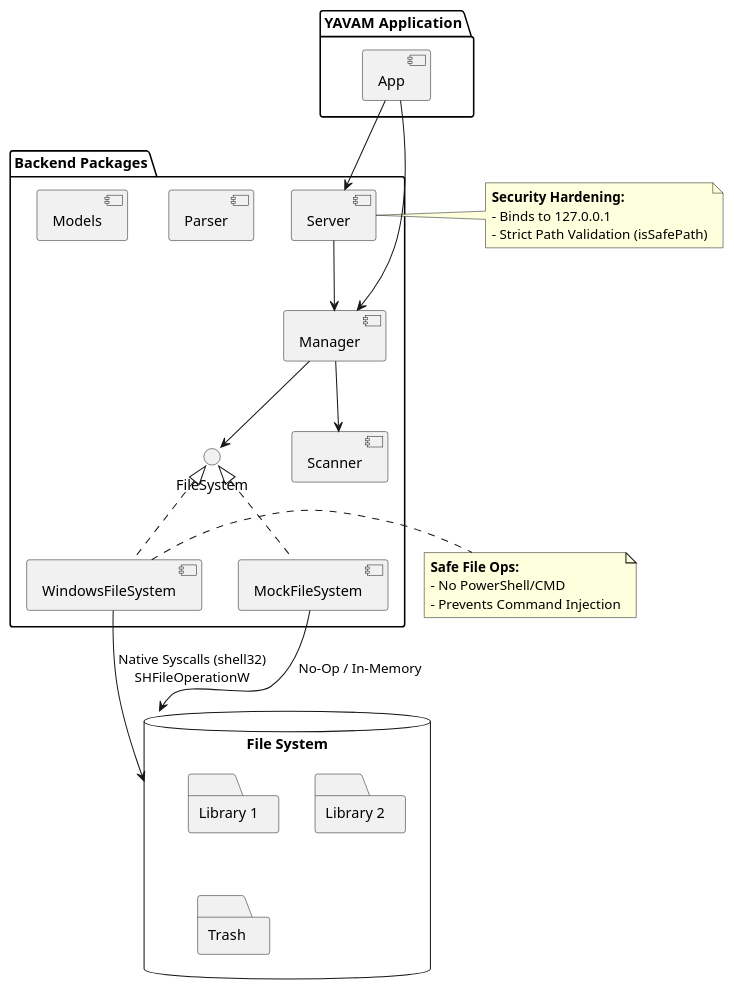
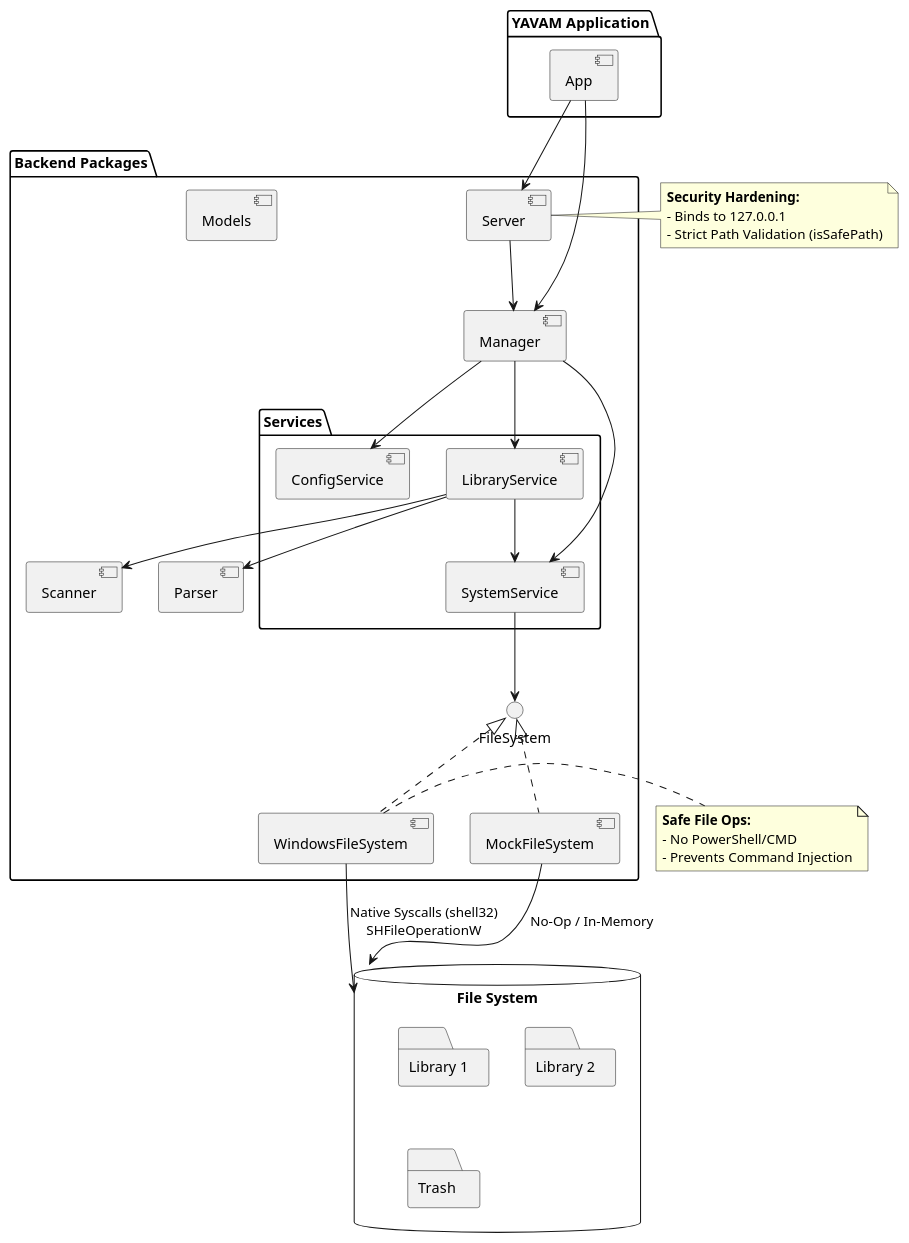
Before and after one commit to FivelSystems/YAVAM: the diagram in docs/architecture/target_state.puml, drawn with PlantUML. The commit also changed 20 other files, not shown here.

Commit message:
feat(backend): complete phase 2 library service extraction and security hardening

```diff
--- a/docs/architecture/target_state.puml
+++ b/docs/architecture/target_state.puml
@@ -1,49 +1,62 @@
 @startuml target_state
 skinparam componentStyle uml2
 
 package "YAVAM Application" {
     [App]
 }
 
 package "Backend Packages" {
     [Manager]
     [Server]
     [Scanner]
     [Parser]
     [Models]
+    
+    package "Services" {
+        component [ConfigService] as CS
+        component [SystemService] as SS
+        component [LibraryService] as LS
+    }
     
     interface "FileSystem" as IFS
     component "WindowsFileSystem" as WFS
     component "MockFileSystem" as MFS
 }
 
 database "File System" {
     folder "Library 1"
     folder "Library 2"
     folder "Trash"
 }
 
 [App] --> [Manager]
 [App] --> [Server]
 [Server] --> [Manager]
-[Manager] --> [Scanner]
-[Manager] --> IFS
+
+[Manager] --> CS
+[Manager] --> SS
+[Manager] --> LS
+
+LS --> [Scanner]
+LS --> SS
+LS --> [Parser]
+SS --> IFS
 WFS .up.|> IFS
 MFS .up.|> IFS
 
 WFS --> "File System" : Native Syscalls (shell32)\nSHFileOperationW
 MFS --> "File System" : No-Op / In-Memory
 
 note right of [Server]
   <b>Security Hardening:</b>
   - Binds to 127.0.0.1
   - Strict Path Validation (isSafePath)
 end note
 
 note right of WFS
   <b>Safe File Ops:</b>
   - No PowerShell/CMD
   - Prevents Command Injection
 end note
 
 @enduml
```
